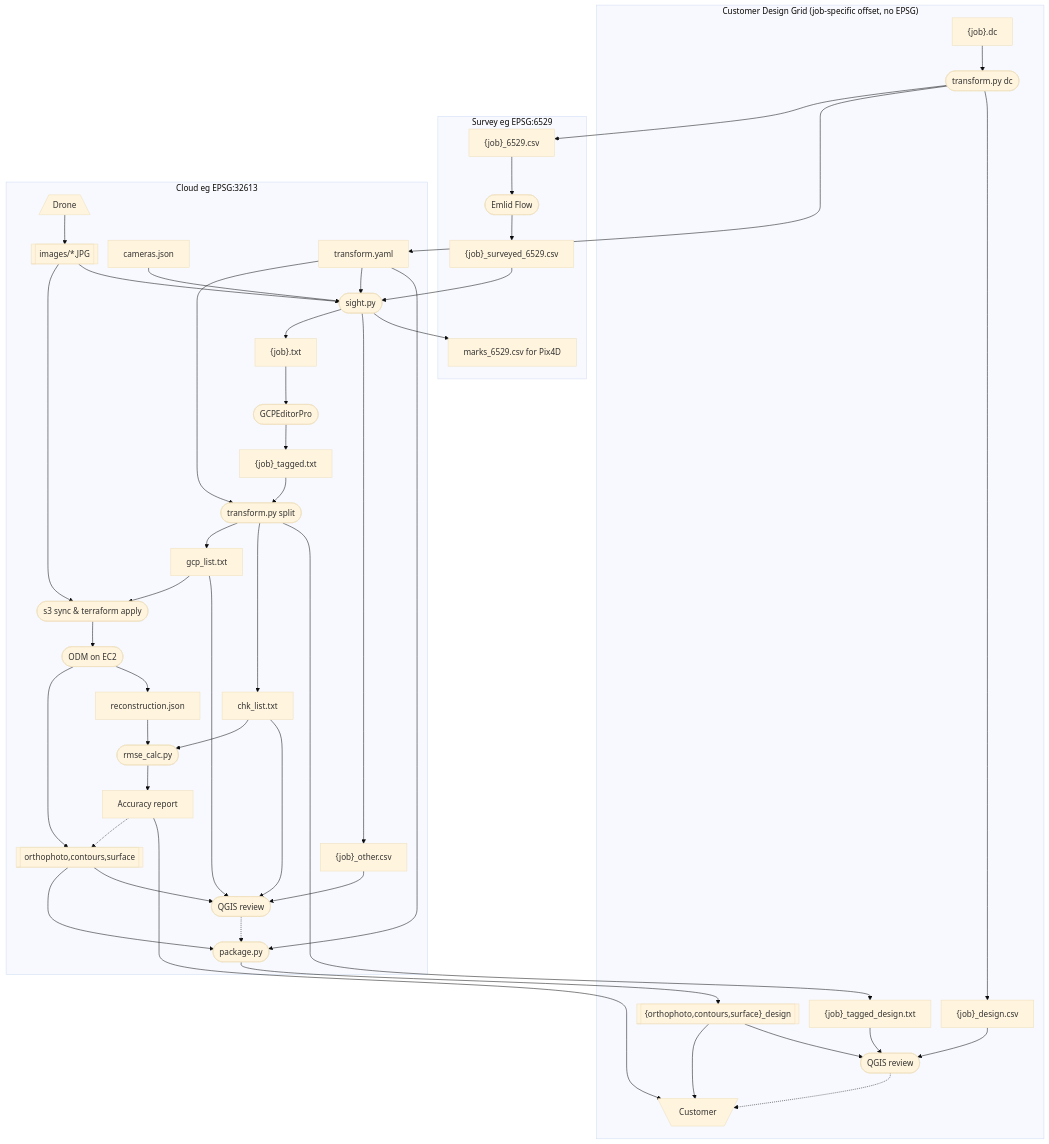
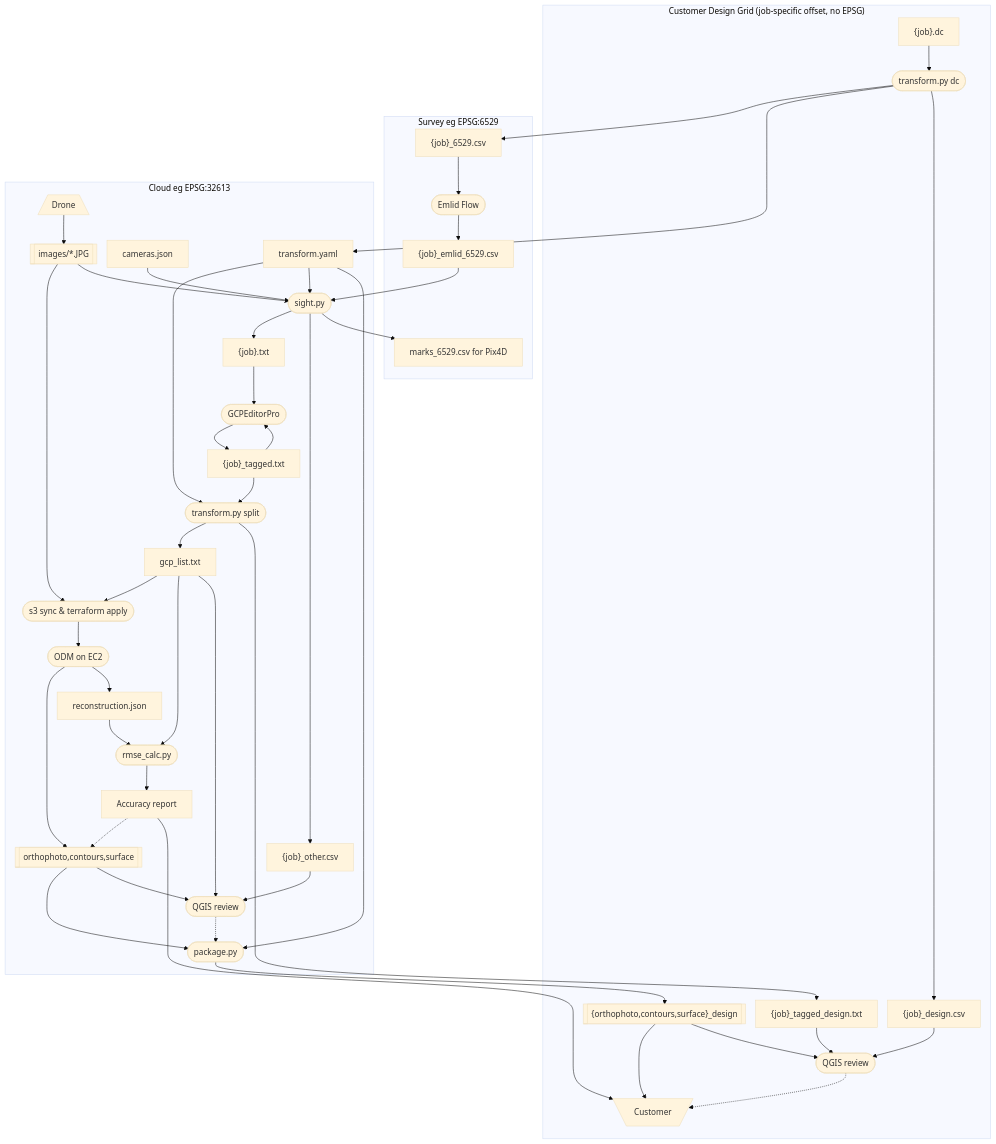
One commit to jrstear/geo changed the diagram in docs/odm-workflow.md. Above: the diagram before and after it, drawn with Mermaid. The commit also changed other lines of this file and 1 other file, not shown here.

Commit message:
refactor: rmse_calc.py takes combined gcp_list.txt; remove chk_list.txt
rmse_calc.py now accepts gcp_list.txt (GCP- + CHK- combined) instead of
separate chk_list.txt + --gcp. Splits by prefix: GCP- = control fit,
CHK- = independent accuracy. Reports both groups in metres and feet.
Auto-fits similarity transform from GCPs when no --transform-json.

Remove chk_list.txt from odm-workflow.md diagram, step 4, and step 6.

````diff
--- a/docs/odm-workflow.md
+++ b/docs/odm-workflow.md
@@ -15,7 +15,7 @@
     points_design["{job}_design.csv"]
     transform_yaml["transform.yaml"]
     emlid(["Emlid Flow"])
-    all["{job}_surveyed_6529.csv"]
+    all["{job}_emlid_6529.csv"]
     cameras["cameras.json"]
     sight(["sight.py"])
     other["{job}_other.csv"]
@@ -25,7 +25,6 @@
     tagged["{job}_tagged.txt"]
     split(["transform.py split"])
     control["gcp_list.txt"]
-    check["chk_list.txt"]
     tagged_design["{job}_tagged_design.txt"]
     s3(["s3 sync & terraform apply"])
     odm(["ODM on EC2"])
@@ -69,7 +68,6 @@
         tagged
         split
         control
-        check
         s3
         odm
         deliverables
@@ -98,16 +96,17 @@
     targets --> gcpeditor
     gcpeditor --> tagged
     tagged --> split
+    tagged --> gcpeditor
     transform_yaml --> split
     transform_yaml --> sight
     split --> control
-    split --> check
     split --> tagged_design
     control --> s3
     s3 --> odm --> deliverables
     odm --> model
-    check --> rmse --> report
+    control --> rmse
     model --> rmse
+    rmse --> report
     transform_yaml --> packager
     deliverables --> packager
     qgis_cloud -.-> packager
@@ -120,7 +119,6 @@
     tagged_design --> qgis_design
     deliverables --> qgis_cloud
     control --> qgis_cloud
-    check --> qgis_cloud
     qgis_design -.-> customer
 
 ```
````
